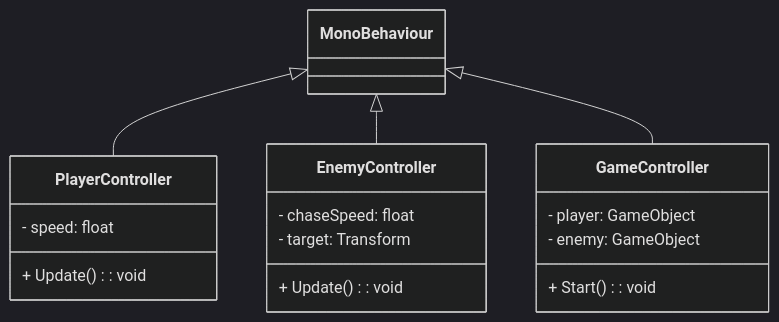
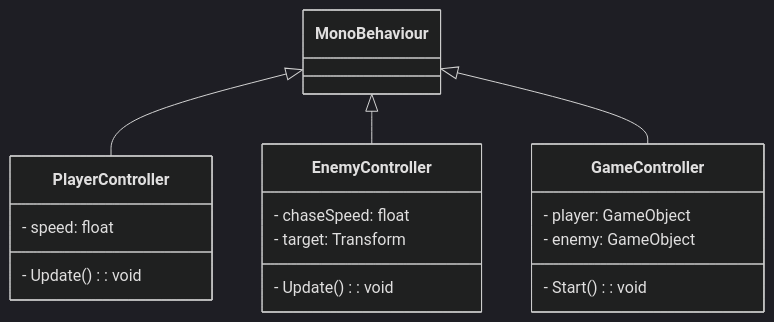
One commit to 4ahmns-sosem-2324/02-mermaid-CDoll changed the diagram in README.md. Above: the diagram before and after it, drawn with Mermaid (dark theme).

````diff
--- a/README.md
+++ b/README.md
@@ -2,22 +2,22 @@
 ```mermaid
 classDiagram
     MonoBehaviour <|-- PlayerController
     MonoBehaviour <|-- EnemyController
     MonoBehaviour <|-- GameController
  
     class GameController {
         - player: GameObject
         - enemy: GameObject
-        + Start(): void
+        - Start(): void
     }
     class PlayerController {
         - speed: float
-        + Update(): void
+        - Update(): void
     }
  
     class EnemyController {
         - chaseSpeed: float
         - target: Transform
-        + Update(): void
+        - Update(): void
     }
 ```
````
